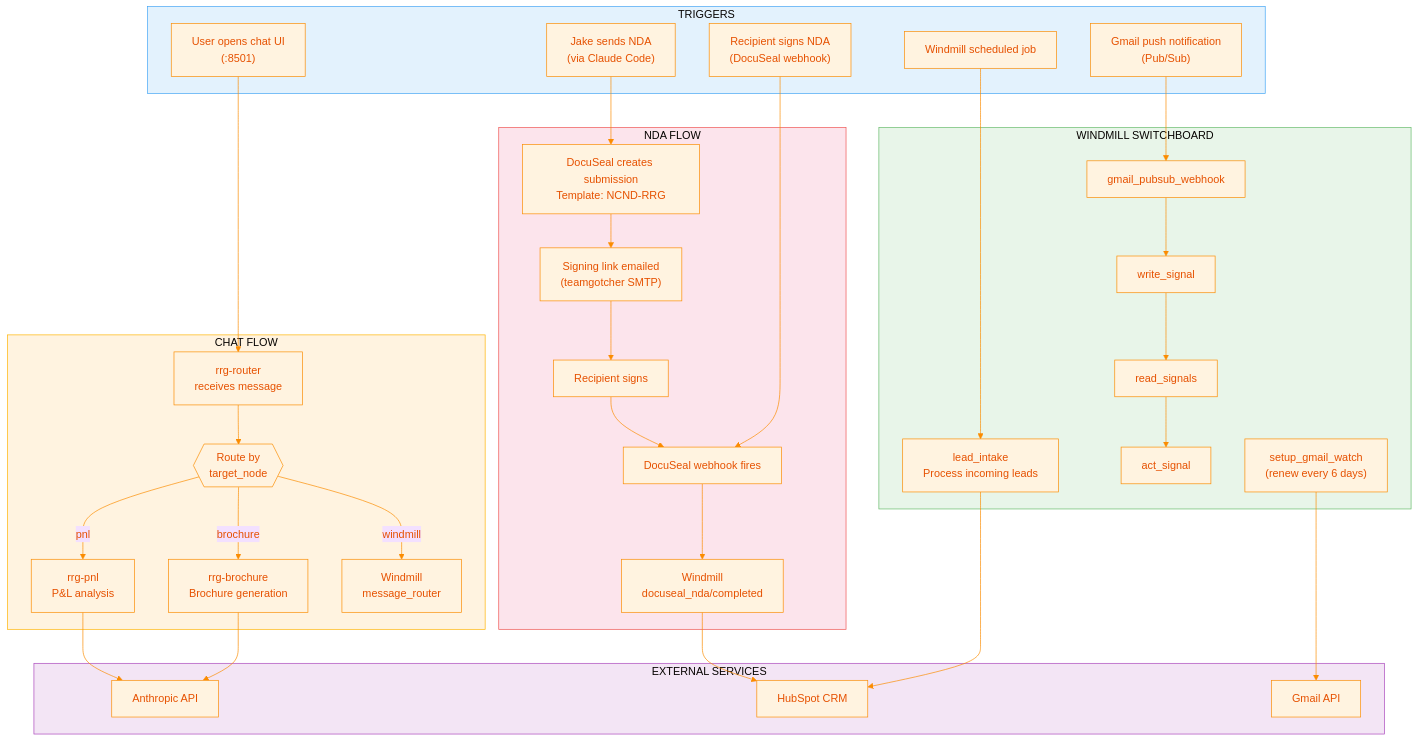
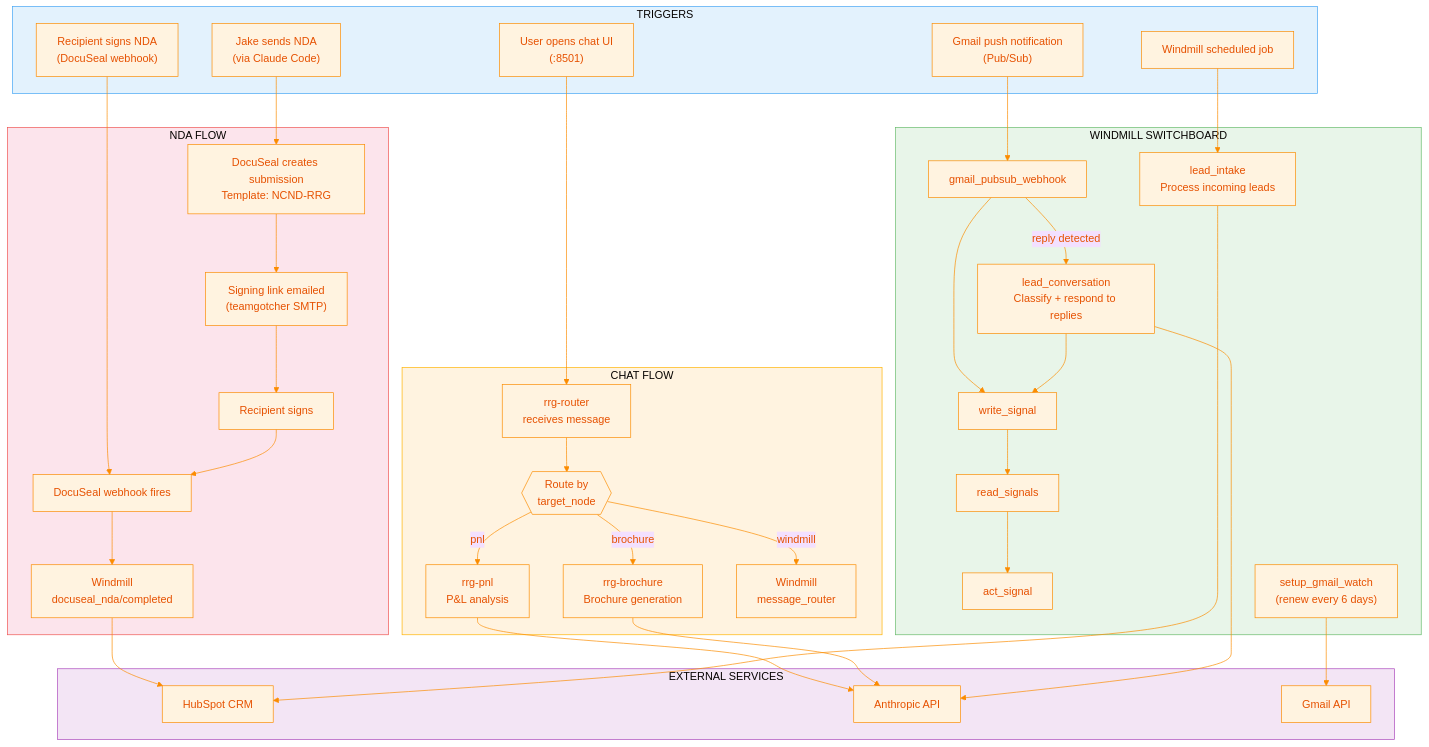
Before and after one commit to BeastofOne/rrg-server: the third of 5 diagrams in docs/ARCHITECTURE.md, drawn with Mermaid. The commit also changed other lines of this file and 3 other files, not shown here.

First line of the commit message:
Add Lead Conversation Engine docs, update architecture diagrams

````diff
--- a/docs/ARCHITECTURE.md
+++ b/docs/ARCHITECTURE.md
@@ -154,74 +154,78 @@
 ```mermaid
 %%{init: {'theme': 'base', 'themeVariables': { 'primaryColor': '#fff3e0', 'primaryTextColor': '#e65100', 'primaryBorderColor': '#fb8c00', 'lineColor': '#fb8c00'}}}%%
 
 graph TB
     subgraph TRIGGERS["TRIGGERS"]
         T_CHAT["User opens chat UI<br/>(:8501)"]
         T_NDA["Jake sends NDA<br/>(via Claude Code)"]
         T_SIGN["Recipient signs NDA<br/>(DocuSeal webhook)"]
         T_SCHED["Windmill scheduled job"]
         T_GMAIL["Gmail push notification<br/>(Pub/Sub)"]
     end
 
     subgraph CHAT_FLOW["CHAT FLOW"]
         ROUTER["rrg-router<br/>receives message"]
         ROUTE{{"Route by<br/>target_node"}}
         PNL["rrg-pnl<br/>P&L analysis"]
         BROCHURE["rrg-brochure<br/>Brochure generation"]
         WM_MSG["Windmill<br/>message_router"]
     end
 
     subgraph NDA_FLOW["NDA FLOW"]
         DS_CREATE["DocuSeal creates submission<br/>Template: NCND-RRG"]
         DS_EMAIL["Signing link emailed<br/>(teamgotcher SMTP)"]
         DS_SIGN["Recipient signs"]
         DS_HOOK["DocuSeal webhook fires"]
         DS_HANDLER["Windmill<br/>docuseal_nda/completed"]
     end
 
     subgraph SWITCHBOARD["WINDMILL SWITCHBOARD"]
         LEAD["lead_intake<br/>Process incoming leads"]
+        CONV["lead_conversation<br/>Classify + respond to replies"]
         SIG_W["write_signal"]
         SIG_R["read_signals"]
         SIG_A["act_signal"]
         GMAIL_WH["gmail_pubsub_webhook"]
         GMAIL_WATCH["setup_gmail_watch<br/>(renew every 6 days)"]
     end
 
     subgraph EXTERNAL["EXTERNAL SERVICES"]
         HUBSPOT["HubSpot CRM"]
         CLAUDE["Anthropic API"]
         GMAIL_API["Gmail API"]
     end
 
     %% Chat flow
     T_CHAT --> ROUTER --> ROUTE
     ROUTE -->|"pnl"| PNL
     ROUTE -->|"brochure"| BROCHURE
     ROUTE -->|"windmill"| WM_MSG
     PNL --> CLAUDE
     BROCHURE --> CLAUDE
 
     %% NDA flow
     T_NDA --> DS_CREATE --> DS_EMAIL --> DS_SIGN
     T_SIGN --> DS_HOOK
     DS_SIGN --> DS_HOOK
     DS_HOOK --> DS_HANDLER --> HUBSPOT
 
     %% Windmill flows
     T_SCHED --> LEAD --> HUBSPOT
     T_GMAIL --> GMAIL_WH --> SIG_W
+    GMAIL_WH -->|"reply detected"| CONV
+    CONV --> CLAUDE
+    CONV --> SIG_W
 
     %% Signal pipeline
     SIG_W --> SIG_R --> SIG_A
 
     %% Gmail watch
     GMAIL_WATCH --> GMAIL_API
 
     %% Styling
     style TRIGGERS fill:#e3f2fd,stroke:#42a5f5
     style EXTERNAL fill:#f3e5f5,stroke:#ab47bc
     style SWITCHBOARD fill:#e8f5e9,stroke:#66bb6a
     style NDA_FLOW fill:#fce4ec,stroke:#ef5350
     style CHAT_FLOW fill:#fff3e0,stroke:#ffb300
 ```
````
